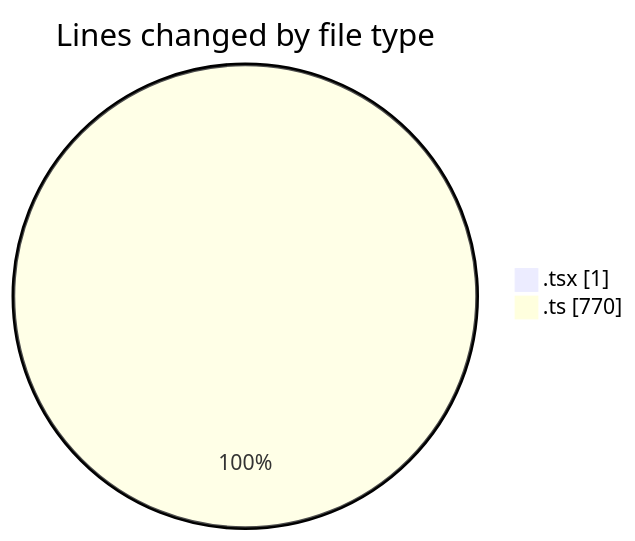
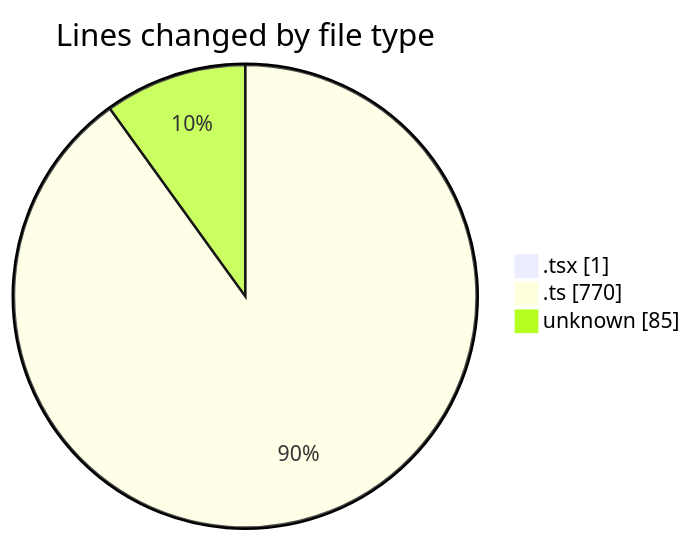
The first of 2 diagrams in 2026-03-10/cda/README.md (momahboobian/code-tracking), drawn with Mermaid before and after one commit. The commit also changed other lines of this file and 1 other file, not shown here.

````diff
--- a/2026-03-10/cda/README.md
+++ b/2026-03-10/cda/README.md
@@ -22,6 +23,7 @@
 ```mermaid
 pie showData
 title Lines changed by file type
 ".tsx" : 1
 ".ts" : 770
+"unknown" : 85
 ```
````
